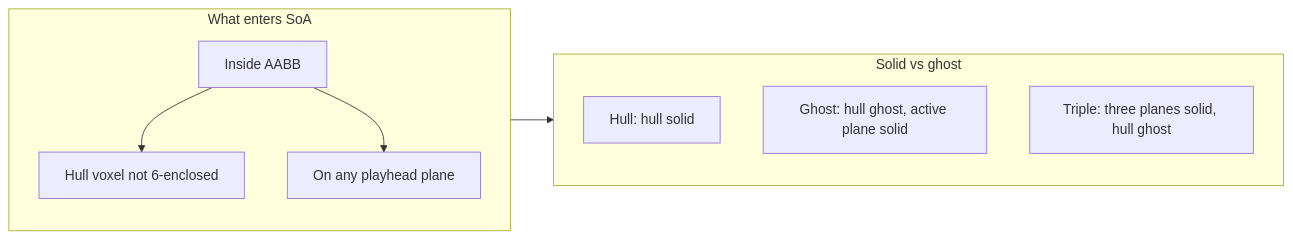
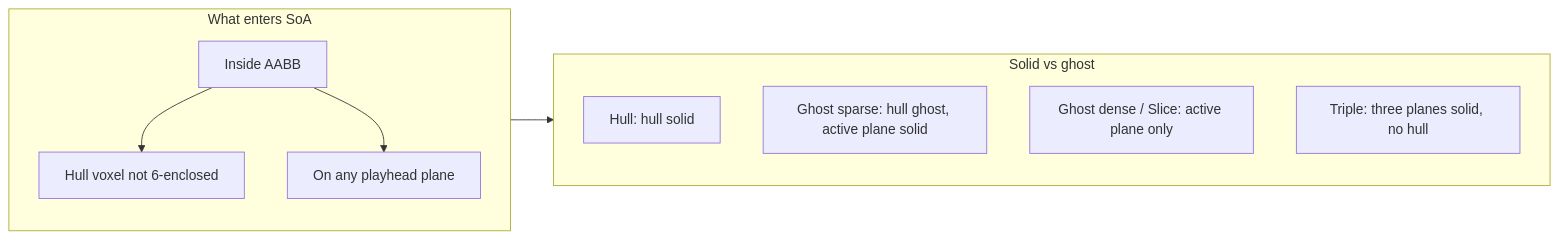
One commit to PiMaV/DONNER changed diagram 15 of 29 in architecture.md. Above: the diagram before and after it, drawn with Mermaid. The commit also changed other lines of this file and 33 other files, not shown here.

First line of the commit message:
Ship MNI/Ignition, XR-C-0, and Inspect hull SoA on main so dense cubes stay interactive.

````diff
--- a/architecture.md
+++ b/architecture.md
@@ -389,16 +418,17 @@
 ```mermaid
 flowchart LR
   subgraph emit [What enters SoA]
     inAabb[Inside AABB]
     hullVox[Hull voxel not 6-enclosed]
     onPlane[On any playhead plane]
     inAabb --> hullVox
     inAabb --> onPlane
   end
   subgraph draw [Solid vs ghost]
     hullMode[Hull: hull solid]
-    ghostMode[Ghost: hull ghost, active plane solid]
-    tripleMode[Triple: three planes solid, hull ghost]
+    ghostMode[Ghost sparse: hull ghost, active plane solid]
+    sliceMode[Ghost dense / Slice: active plane only]
+    tripleMode[Triple: three planes solid, no hull]
   end
   emit --> draw
 ```
````
